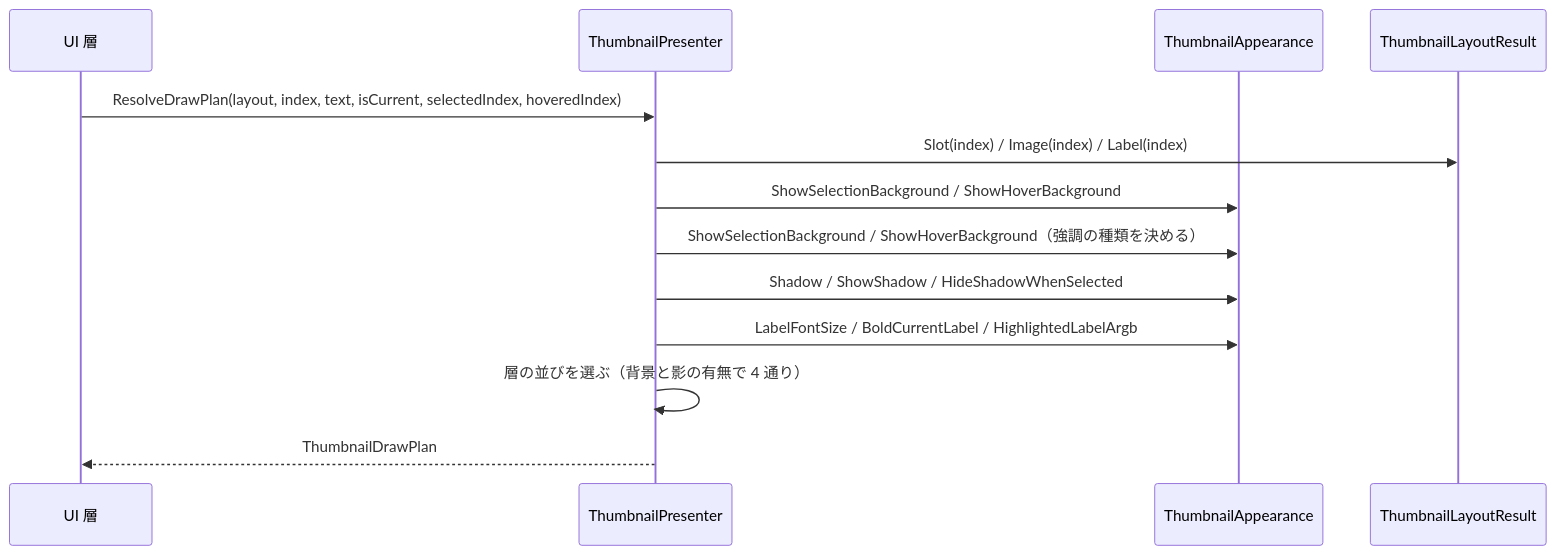
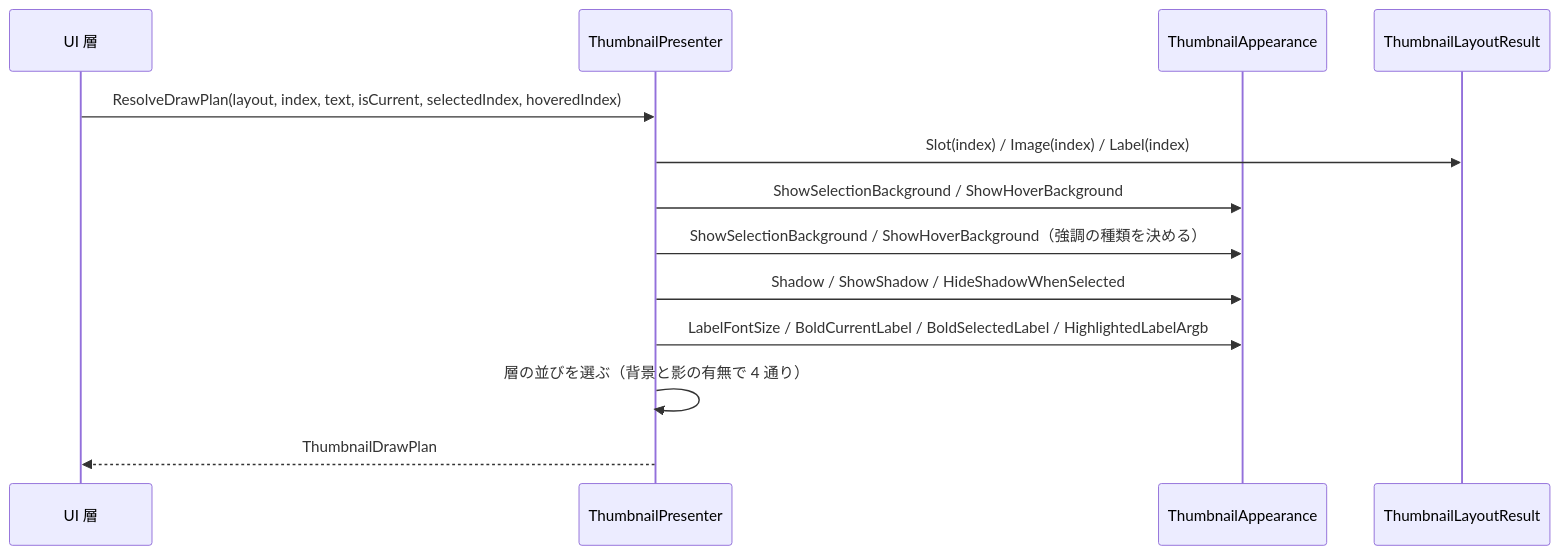
One commit to tomokuni/EsUtil changed the third of 4 diagrams in EsUtil/Feature.Thumbnail.Presenter/docs/SPEC_System.md. Above: the diagram before and after it, drawn with Mermaid. The commit also changed other lines of this file and 182 other files, not shown here.

````diff
--- a/EsUtil/Feature.Thumbnail.Presenter/docs/SPEC_System.md
+++ b/EsUtil/Feature.Thumbnail.Presenter/docs/SPEC_System.md
@@ -165,16 +166,16 @@
 ```mermaid
 sequenceDiagram
     participant UI as UI 層
     participant Presenter as ThumbnailPresenter
     participant Appearance as ThumbnailAppearance
     participant Layout as ThumbnailLayoutResult
 
     UI->>Presenter: ResolveDrawPlan(layout, index, text, isCurrent, selectedIndex, hoveredIndex)
     Presenter->>Layout: Slot(index) / Image(index) / Label(index)
     Presenter->>Appearance: ShowSelectionBackground / ShowHoverBackground
     Presenter->>Appearance: ShowSelectionBackground / ShowHoverBackground（強調の種類を決める）
     Presenter->>Appearance: Shadow / ShowShadow / HideShadowWhenSelected
-    Presenter->>Appearance: LabelFontSize / BoldCurrentLabel / HighlightedLabelArgb
+    Presenter->>Appearance: LabelFontSize / BoldCurrentLabel / BoldSelectedLabel / HighlightedLabelArgb
     Presenter->>Presenter: 層の並びを選ぶ（背景と影の有無で 4 通り）
     Presenter-->>UI: ThumbnailDrawPlan
 ```
````
